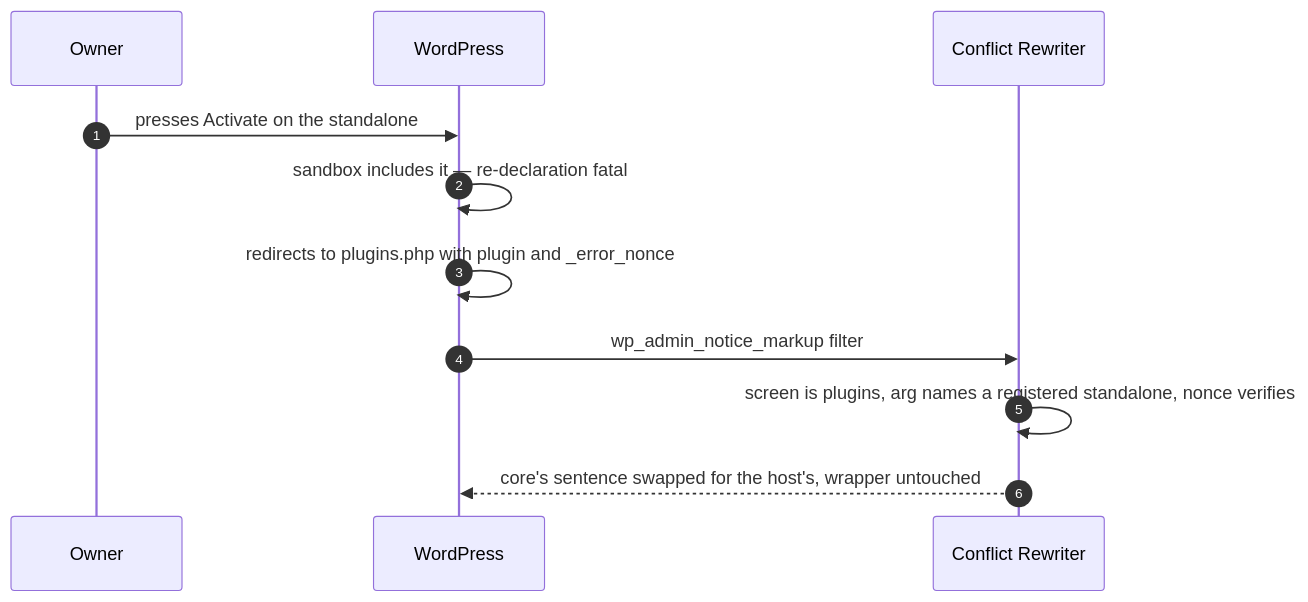
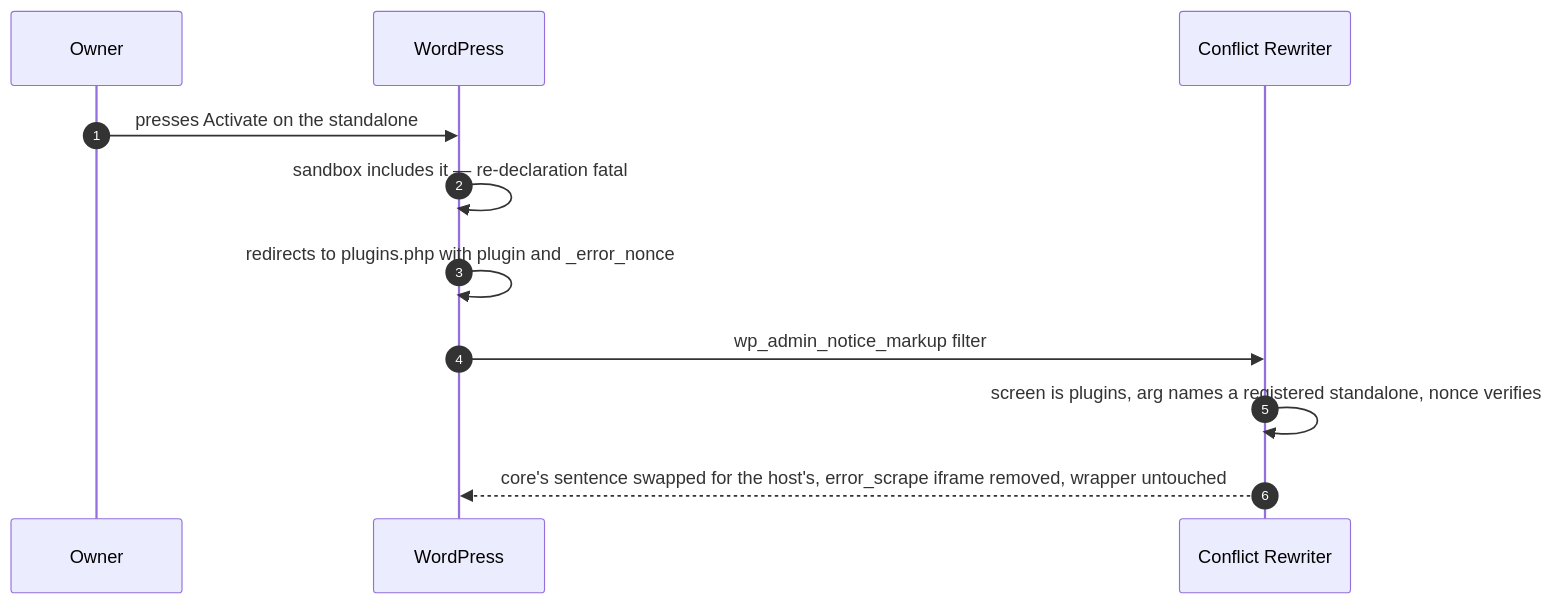
One commit to stellarwp/plugin-absorber changed diagram 22 of 26 in tests/README.md. Above: the diagram before and after it, drawn with Mermaid. The commit also changed other lines of this file and 3 other files, not shown here.

Commit message:
Ask for a resume nonce only on a resume error, and prove the iframe goes end to end

````diff
--- a/tests/README.md
+++ b/tests/README.md
@@ -916,14 +921,14 @@
 ```mermaid
 sequenceDiagram
     autonumber
     participant Owner
     participant WP as WordPress
     participant Rw as Conflict Rewriter
 
     Owner->>WP: presses Activate on the standalone
     WP->>WP: sandbox includes it — re-declaration fatal
     WP->>WP: redirects to plugins.php with plugin and _error_nonce
     WP->>Rw: wp_admin_notice_markup filter
     Rw->>Rw: screen is plugins, arg names a registered standalone, nonce verifies
-    Rw-->>WP: core's sentence swapped for the host's, wrapper untouched
+    Rw-->>WP: core's sentence swapped for the host's, error_scrape iframe removed, wrapper untouched
 ```
````
